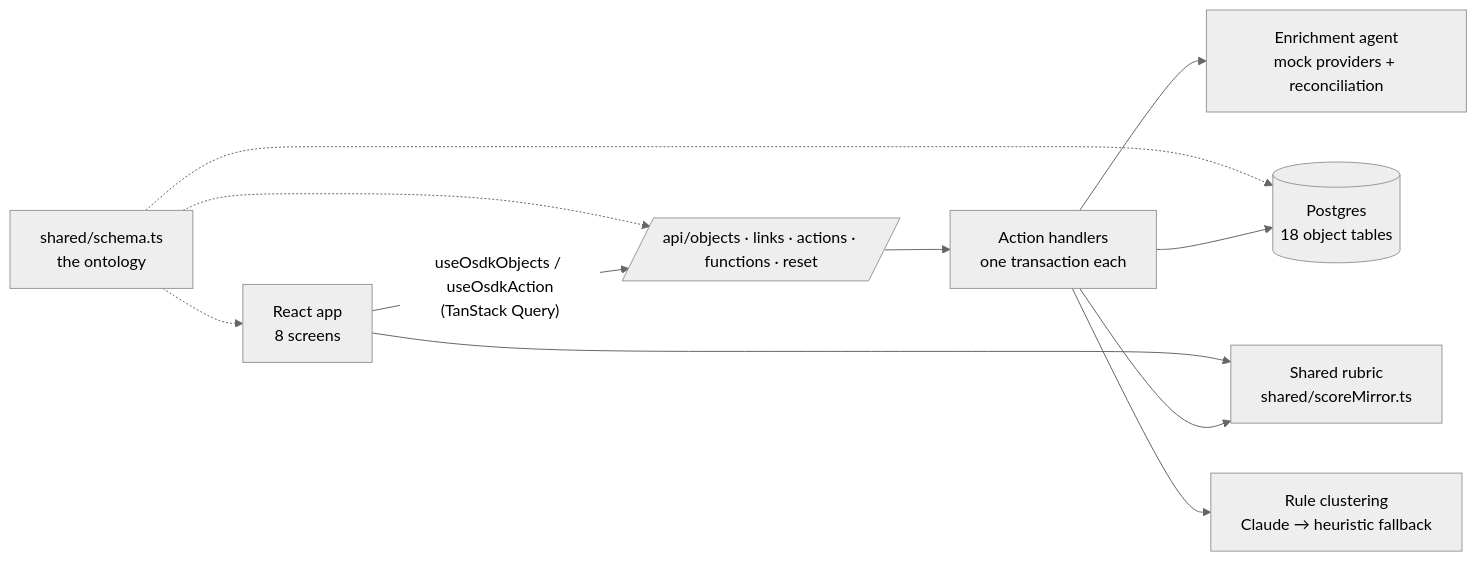
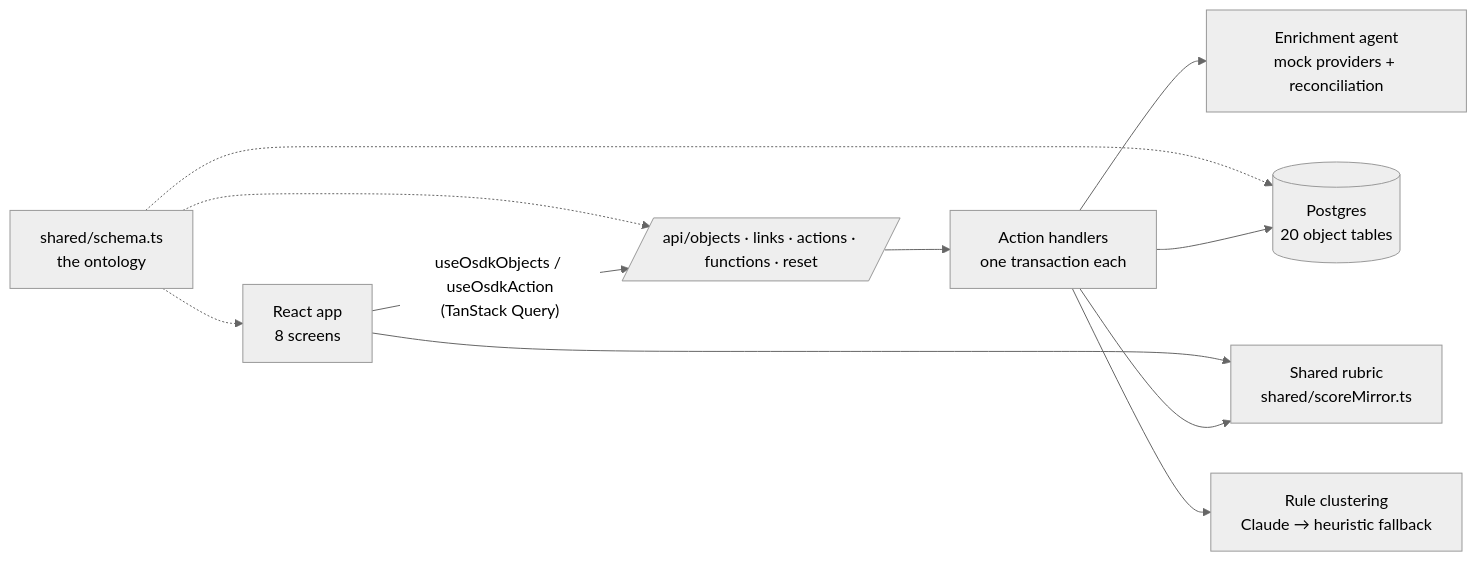
Before and after one commit to llukehanna/beacon: the first of 2 diagrams in docs/architecture.md, drawn with Mermaid (neutral theme). The commit also changed other lines of this file and 21 other files, not shown here.

````diff
--- a/docs/architecture.md
+++ b/docs/architecture.md
@@ -5,13 +5,13 @@
 ```mermaid
 flowchart LR
   UI[React app<br/>8 screens] -- "useOsdkObjects / useOsdkAction<br/>(TanStack Query)" --> API[/api/objects · links · actions · functions · reset/]
   API --> Actions[Action handlers<br/>one transaction each]
   Actions --> Rubric[Shared rubric<br/>shared/scoreMirror.ts]
   UI --> Rubric
   Actions --> Agent[Enrichment agent<br/>mock providers + reconciliation]
   Actions --> Cluster[Rule clustering<br/>Claude → heuristic fallback]
-  Actions --> PG[(Postgres<br/>18 object tables)]
+  Actions --> PG[(Postgres<br/>20 object tables)]
   Schema[shared/schema.ts<br/>the ontology] -.-> PG
   Schema -.-> API
   Schema -.-> UI
 ```
````
